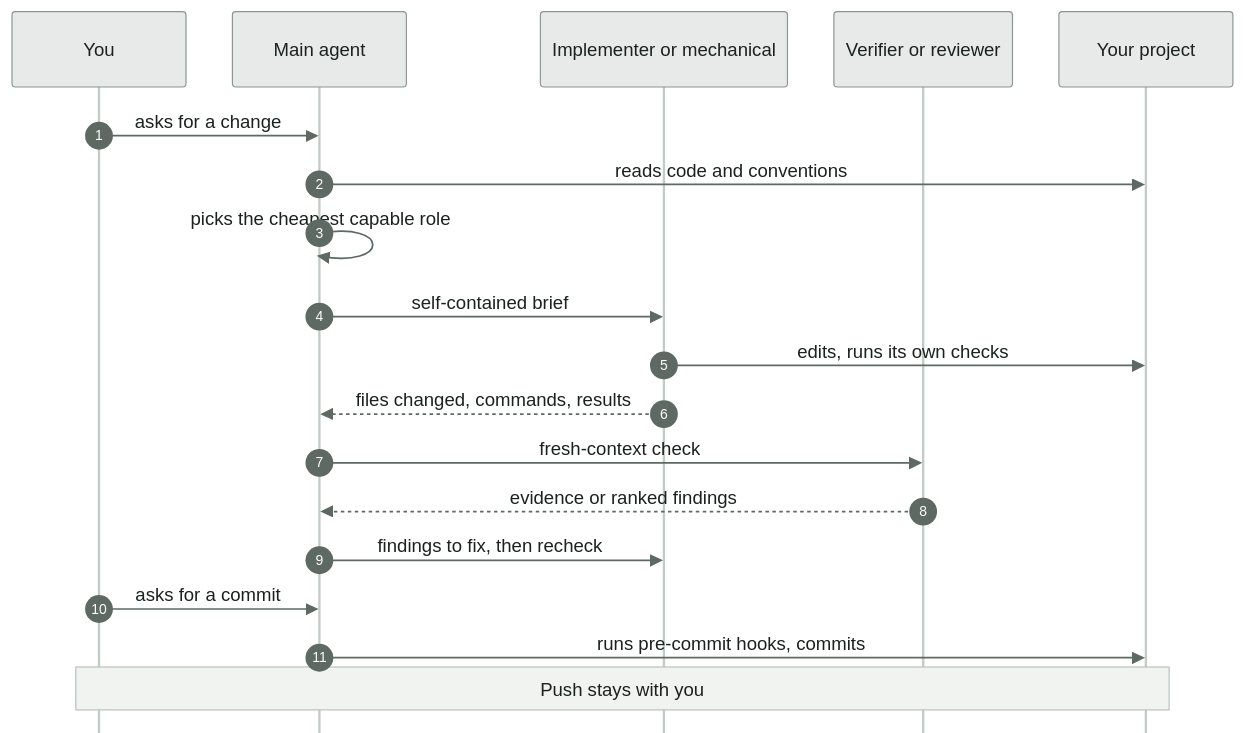
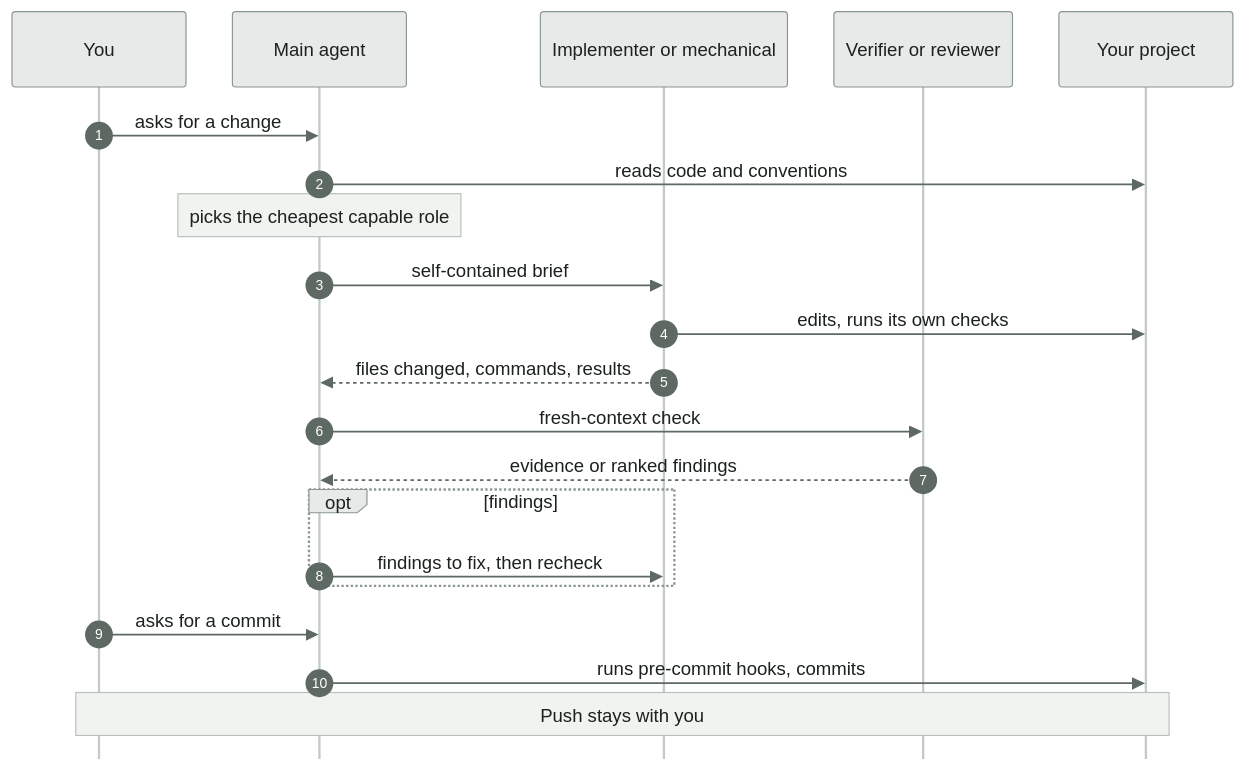
One commit to Gamebreack/multi-agent-orchestration changed the third of 3 diagrams in flow-map.md. Above: the diagram before and after it, drawn with Mermaid. The commit also changed other lines of this file and 8 other files, not shown here.

````diff
--- a/flow-map.md
+++ b/flow-map.md
@@ -135,22 +135,24 @@
 ```mermaid
 %%{init: {"theme":"base","themeVariables":{"fontFamily":"system-ui, -apple-system, Segoe UI, sans-serif","fontSize":"15px","actorBkg":"#e7eae8","actorBorder":"#8a968f","actorTextColor":"#1b221e","actorLineColor":"#c3cbc6","signalColor":"#5d6962","signalTextColor":"#1b221e","sequenceNumberColor":"#ffffff","noteBkgColor":"#f1f3f1","noteBorderColor":"#b7c0ba","noteTextColor":"#1b221e"},"sequence":{"mirrorActors":false,"messageMargin":24,"boxMargin":8,"actorMargin":40,"messageFontSize":15,"actorFontSize":15,"noteFontSize":14}}}%%
 sequenceDiagram
     autonumber
     participant YOU as You
     participant MA as Main agent
     participant W as Implementer or mechanical
     participant CK as Verifier or reviewer
     participant PRJ as Your project
     YOU->>MA: asks for a change
     MA->>PRJ: reads code and conventions
-    MA->>MA: picks the cheapest capable role
+    Note over MA: picks the cheapest capable role
     MA->>W: self-contained brief
     W->>PRJ: edits, runs its own checks
     W-->>MA: files changed, commands, results
     MA->>CK: fresh-context check
     CK-->>MA: evidence or ranked findings
-    MA->>W: findings to fix, then recheck
+    opt findings
+        MA->>W: findings to fix, then recheck
+    end
     YOU->>MA: asks for a commit
     MA->>PRJ: runs pre-commit hooks, commits
     Note over YOU,PRJ: Push stays with you
 ```
````
